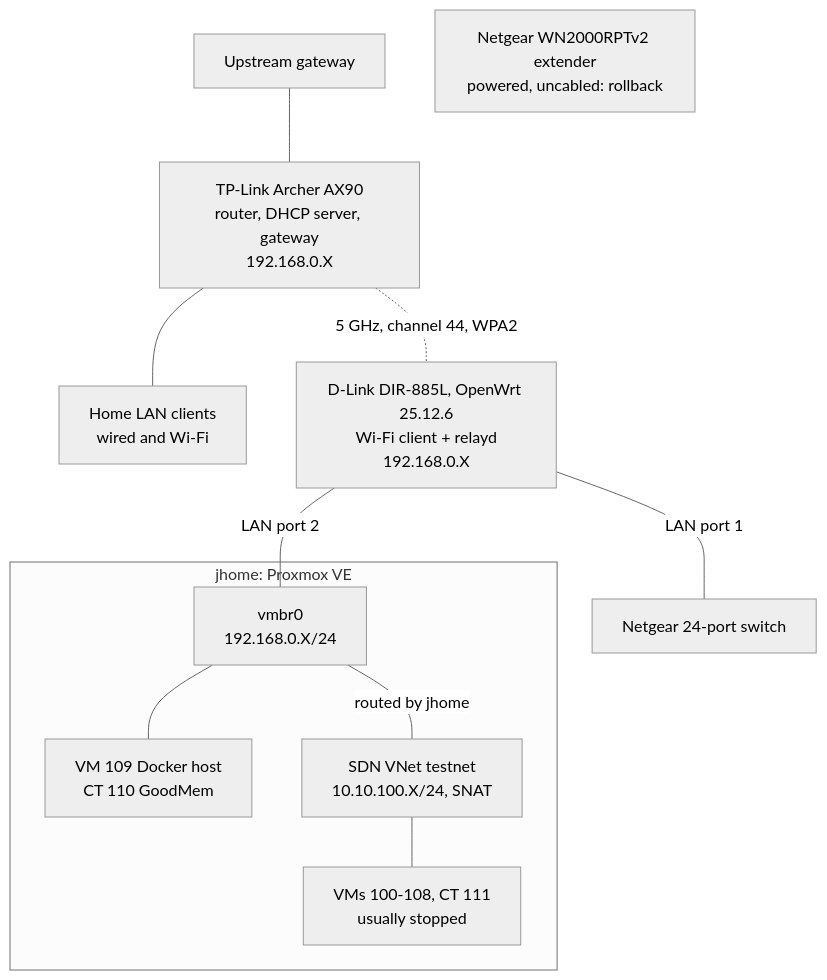
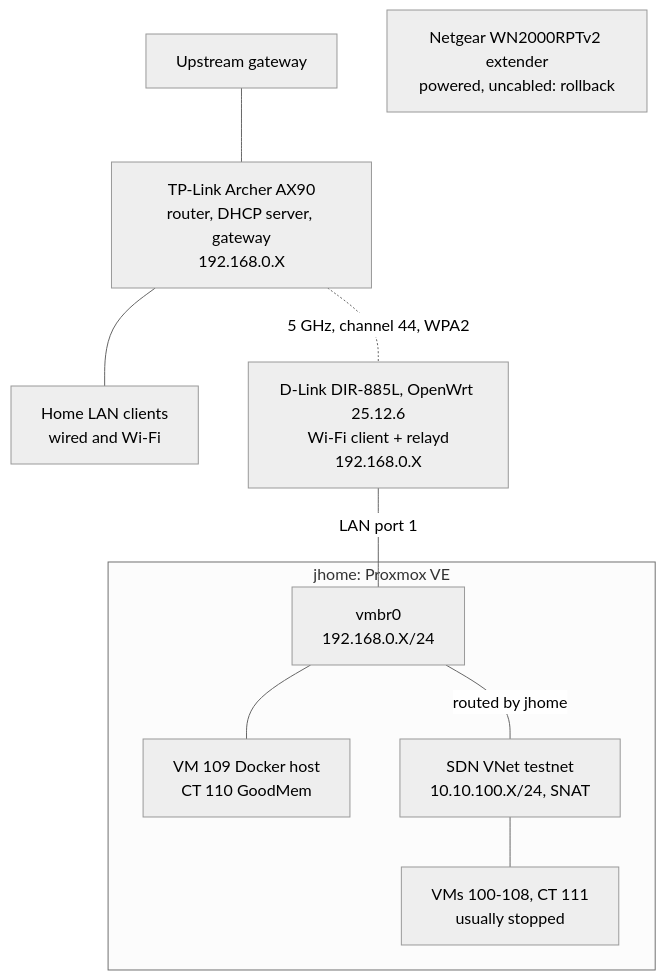
The diagram in docs/topology.md (jkosber/JHomelab), drawn with Mermaid (neutral theme) before and after one commit. The commit also changed other lines of this file and 1 other file, not shown here.

Commit message:
README and topology: soak result, switch removed, jhome on LAN port 1

````diff
--- a/docs/topology.md
+++ b/docs/topology.md
@@ -9,25 +9,23 @@
 ```mermaid
 flowchart TB
     upstream["Upstream gateway"]
     router["TP-Link Archer AX90<br/>router, DHCP server, gateway<br/>192.168.0.X"]
     homelan["Home LAN clients<br/>wired and Wi-Fi"]
     bridge["D-Link DIR-885L, OpenWrt 25.12.6<br/>Wi-Fi client + relayd<br/>192.168.0.X"]
     extender["Netgear WN2000RPTv2 extender<br/>powered, uncabled: rollback"]
-    labswitch["Netgear 24-port switch"]
 
     subgraph jhome["jhome: Proxmox VE"]
         vmbr0["vmbr0<br/>192.168.0.X/24"]
         svc["VM 109 Docker host<br/>CT 110 GoodMem"]
         testnet["SDN VNet testnet<br/>10.10.100.X/24, SNAT"]
         labvms["VMs 100-108, CT 111<br/>usually stopped"]
     end
 
     upstream --- router
     router --- homelan
     router -.-|"5 GHz, channel 44, WPA2"| bridge
-    bridge ---|"LAN port 1"| labswitch
-    bridge ---|"LAN port 2"| vmbr0
+    bridge ---|"LAN port 1"| vmbr0
     vmbr0 --- svc
     vmbr0 ---|"routed by jhome"| testnet
     testnet --- labvms
 ```
````
